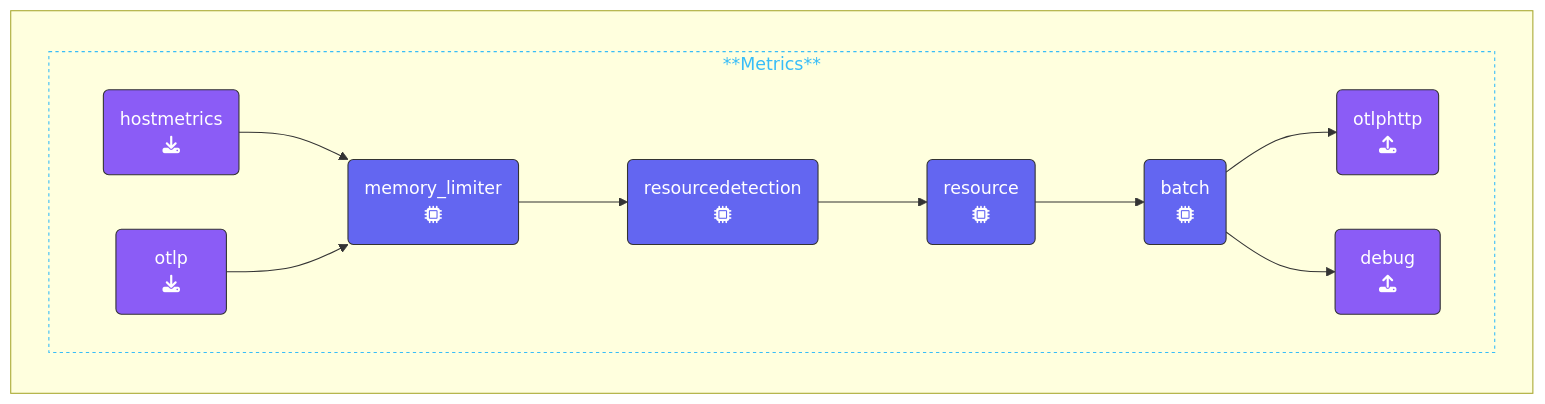
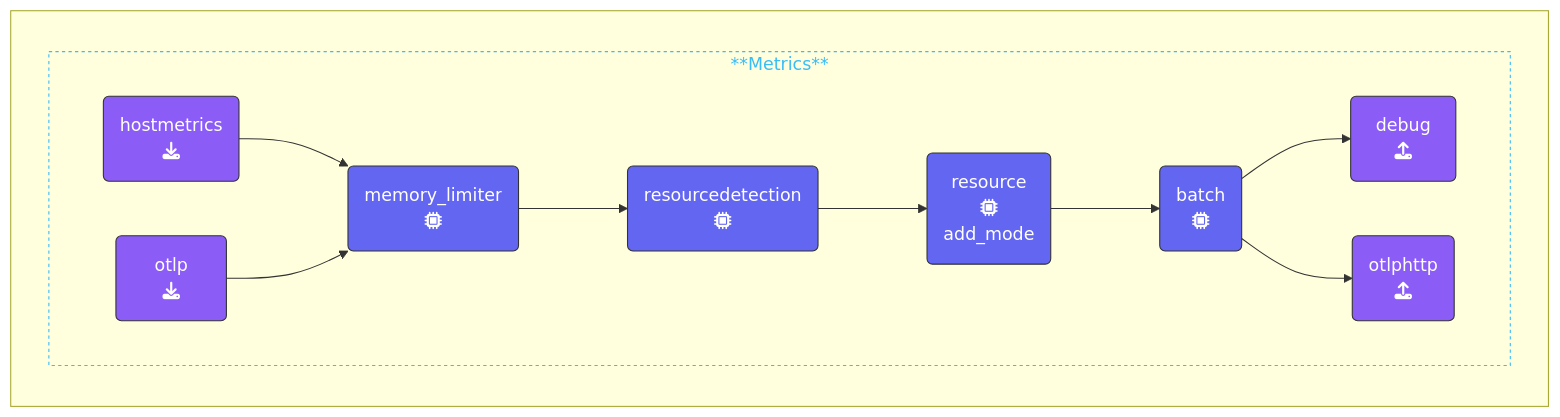
The diagram in content/en/ninja-workshops/10-advanced-otel/2-gateway/2-2-test-gateway.md (splunk/observability-workshop), drawn with Mermaid before and after one commit. The commit also changed other lines of this file and 1 other file, not shown here.

````diff
--- a/content/en/ninja-workshops/10-advanced-otel/2-gateway/2-2-test-gateway.md
+++ b/content/en/ninja-workshops/10-advanced-otel/2-gateway/2-2-test-gateway.md
@@ -70,31 +70,31 @@
 ```mermaid
 %%{init:{"fontFamily":"monospace"}}%%
 graph LR
     %% Nodes
       REC1(hostmetrics<br>fa:fa-download):::receiver
       REC2(&nbsp;&nbsp;&nbsp;&nbsp;otlp&nbsp;&nbsp;&nbsp;&nbsp;<br>fa:fa-download):::receiver
       PRO1(memory_limiter<br>fa:fa-microchip):::processor
       PRO2(resourcedetection<br>fa:fa-microchip):::processor
-      PRO3(resource<br>fa:fa-microchip):::processor
+      PRO3(resource<br>fa:fa-microchip<br>add_mode):::processor
       PRO4(batch<br>fa:fa-microchip):::processor
       EXP1(otlphttp<br>fa:fa-upload):::exporter
       EXP2(&ensp;debug&ensp;<br>fa:fa-upload):::exporter
     %% Links
     subID1:::sub-metrics
     subgraph " "
       subgraph subID1[**Metrics**]
       direction LR
       REC1 --> PRO1
       REC2 --> PRO1
       PRO1 --> PRO2
       PRO2 --> PRO3
       PRO3 --> PRO4
+      PRO4 --> EXP2
       PRO4 --> EXP1
-      PRO4 --> EXP2
       end
     end
 classDef receiver,exporter fill:#8b5cf6,stroke:#333,stroke-width:1px,color:#fff;
 classDef processor fill:#6366f1,stroke:#333,stroke-width:1px,color:#fff;
 classDef con-receive,con-export fill:#45c175,stroke:#333,stroke-width:1px,color:#fff;
 classDef sub-metrics stroke:#38bdf8,stroke-width:1px, color:#38bdf8,stroke-dasharray: 3 3;
 ```
````
